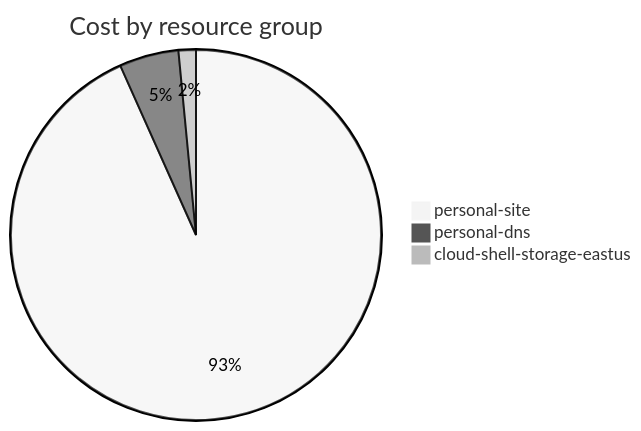
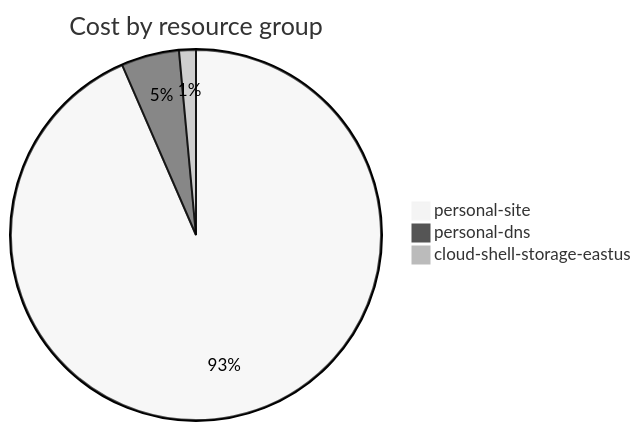
One commit to jpfulton/azure-personal-reports changed the fourth of 4 diagrams in cost-reports/accumulated-cost.md. Above: the diagram before and after it, drawn with Mermaid (neutral theme). The commit also changed other lines of this file and 4 other files, not shown here.

````diff
--- a/cost-reports/accumulated-cost.md
+++ b/cost-reports/accumulated-cost.md
@@ -143,7 +143,7 @@
 ```mermaid
 pie
    title Cost by resource group
-   "personal-site" : 10.46
-   "personal-dns" : 0.58
-   "cloud-shell-storage-eastus" : 0.17
+   "personal-site" : 11.47
+   "personal-dns" : 0.62
+   "cloud-shell-storage-eastus" : 0.18
 ```
````
